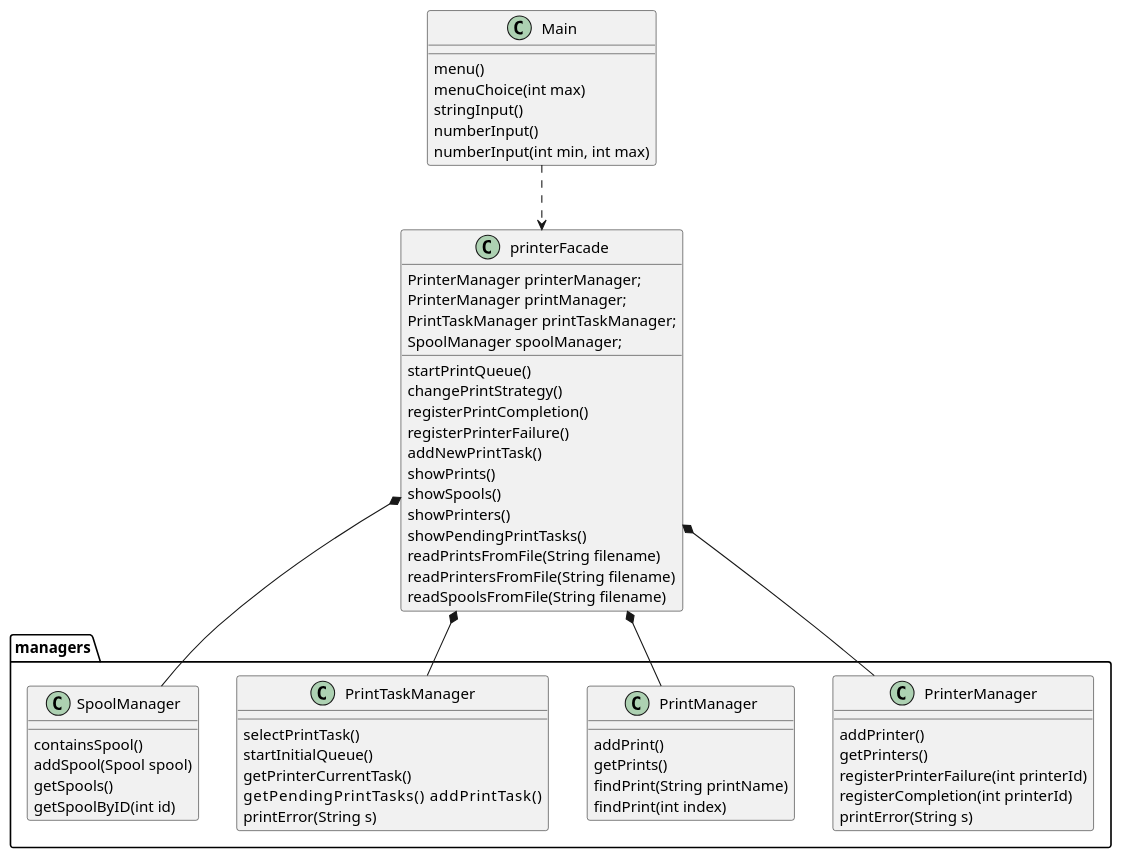
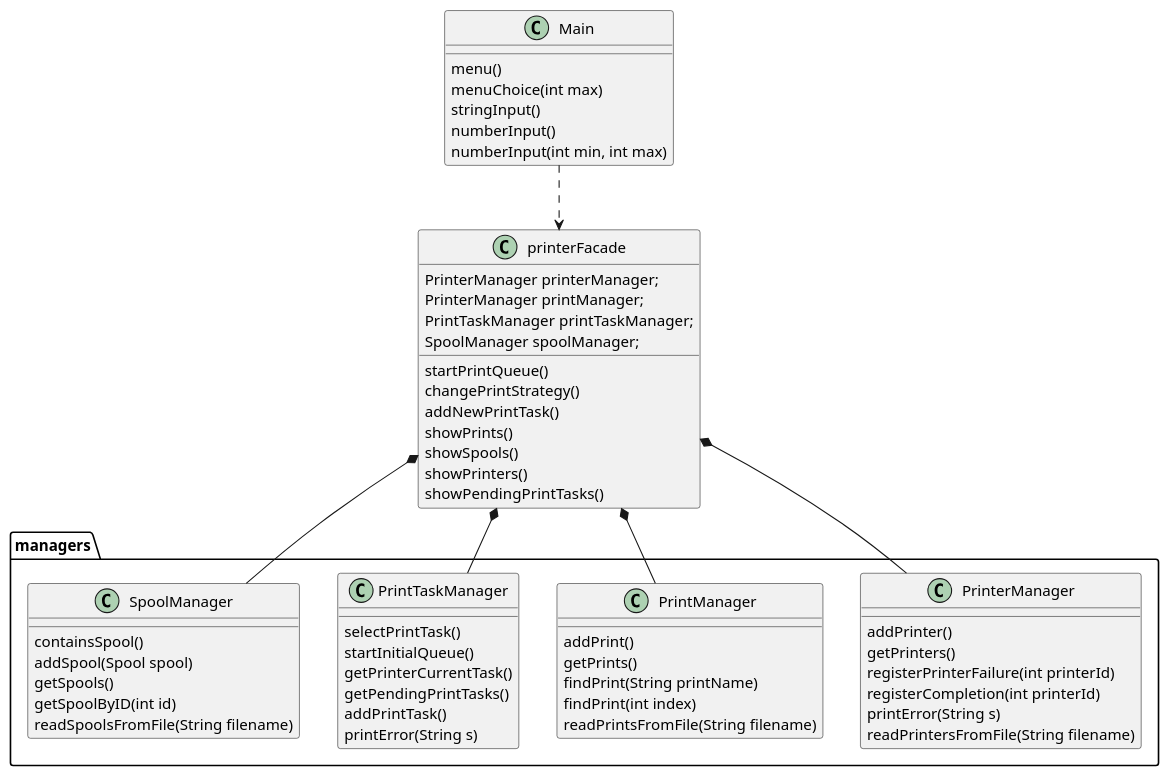
Before and after one commit to hann-xq/system-design: the diagram in src/main/diagrams/SOLID_S-after.puml, drawn with PlantUML. The commit also changed 1 other file, not shown here.

Commit message:
Changes in diagrams Printer classes and facade

```diff
--- a/src/main/diagrams/SOLID_S-after.puml
+++ b/src/main/diagrams/SOLID_S-after.puml
@@ -1,74 +1,73 @@
 @startuml
 'https://plantuml.com/class-diagram
 skinparam classAttributeIconSize 0
 
 Main ..> printerFacade
 
 
 class Main {
     menu()
     menuChoice(int max)
     stringInput()
     numberInput()
     numberInput(int min, int max)
 }
 
 class printerFacade {
     PrinterManager printerManager;
     PrinterManager printManager;
     PrintTaskManager printTaskManager;
     SpoolManager spoolManager;
 
     startPrintQueue()
     changePrintStrategy()
-    registerPrintCompletion()
-    registerPrinterFailure()
     addNewPrintTask()
     showPrints()
     showSpools()
     showPrinters()
     showPendingPrintTasks()
-    readPrintsFromFile(String filename)
-    readPrintersFromFile(String filename)
-    readSpoolsFromFile(String filename)
+
 }
 
 package managers {
 printerFacade *-- PrinterManager
 printerFacade *-- PrintManager
 printerFacade *-- PrintTaskManager
 printerFacade *-- SpoolManager
     class PrinterManager {
         addPrinter()
         getPrinters()
         registerPrinterFailure(int printerId)
         registerCompletion(int printerId)
         printError(String s)
+        readPrintersFromFile(String filename)
     }
 
     class PrintManager {
         addPrint()
         getPrints()
         findPrint(String printName)
         findPrint(int index)
+        readPrintsFromFile(String filename)
     }
 
     class PrintTaskManager {
         selectPrintTask()
         startInitialQueue()
         getPrinterCurrentTask()
-        getPendingPrintTasks()\
+        getPendingPrintTasks()
         addPrintTask()
         printError(String s)
     }
 
     class SpoolManager {
         containsSpool()
         addSpool(Spool spool)
         getSpools()
         getSpoolByID(int id)
+        readSpoolsFromFile(String filename)
     }
 }
 
 
 @enduml
```
